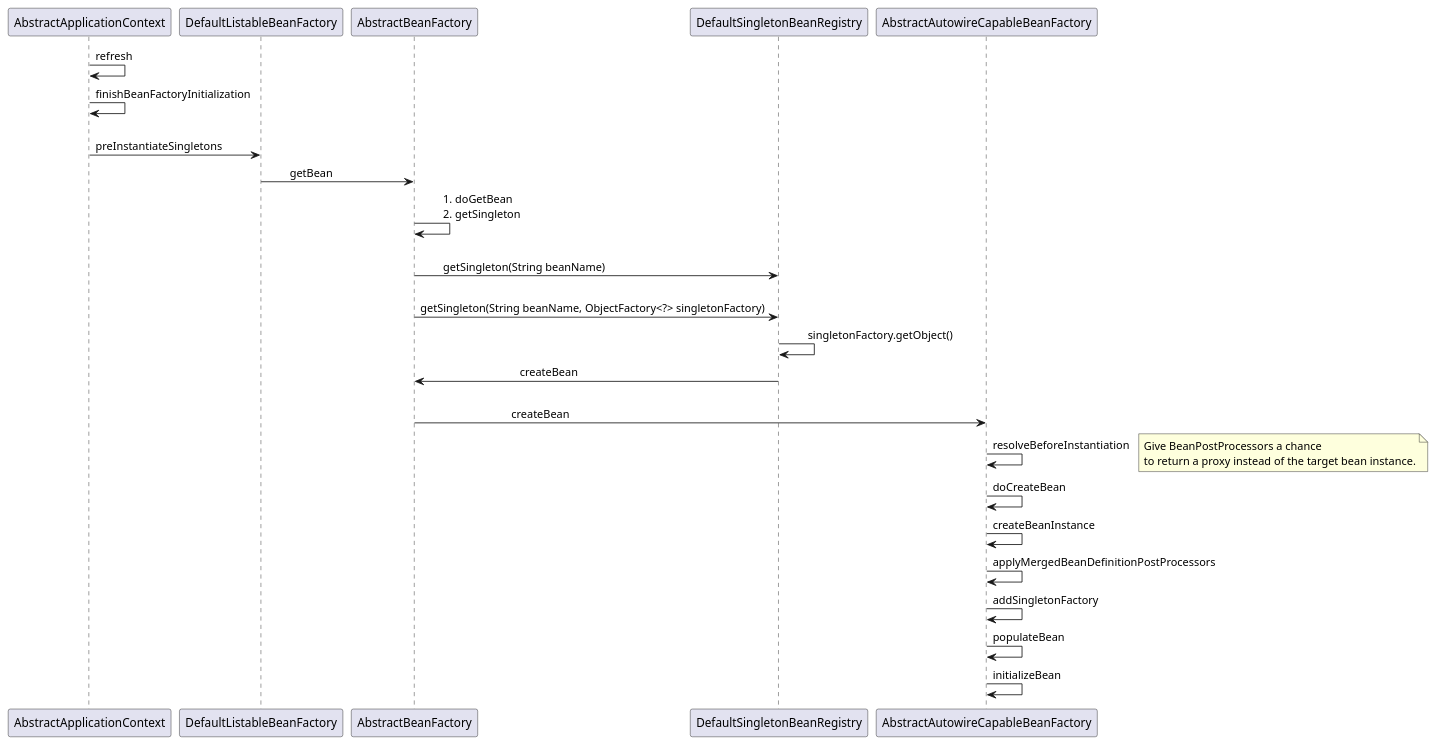
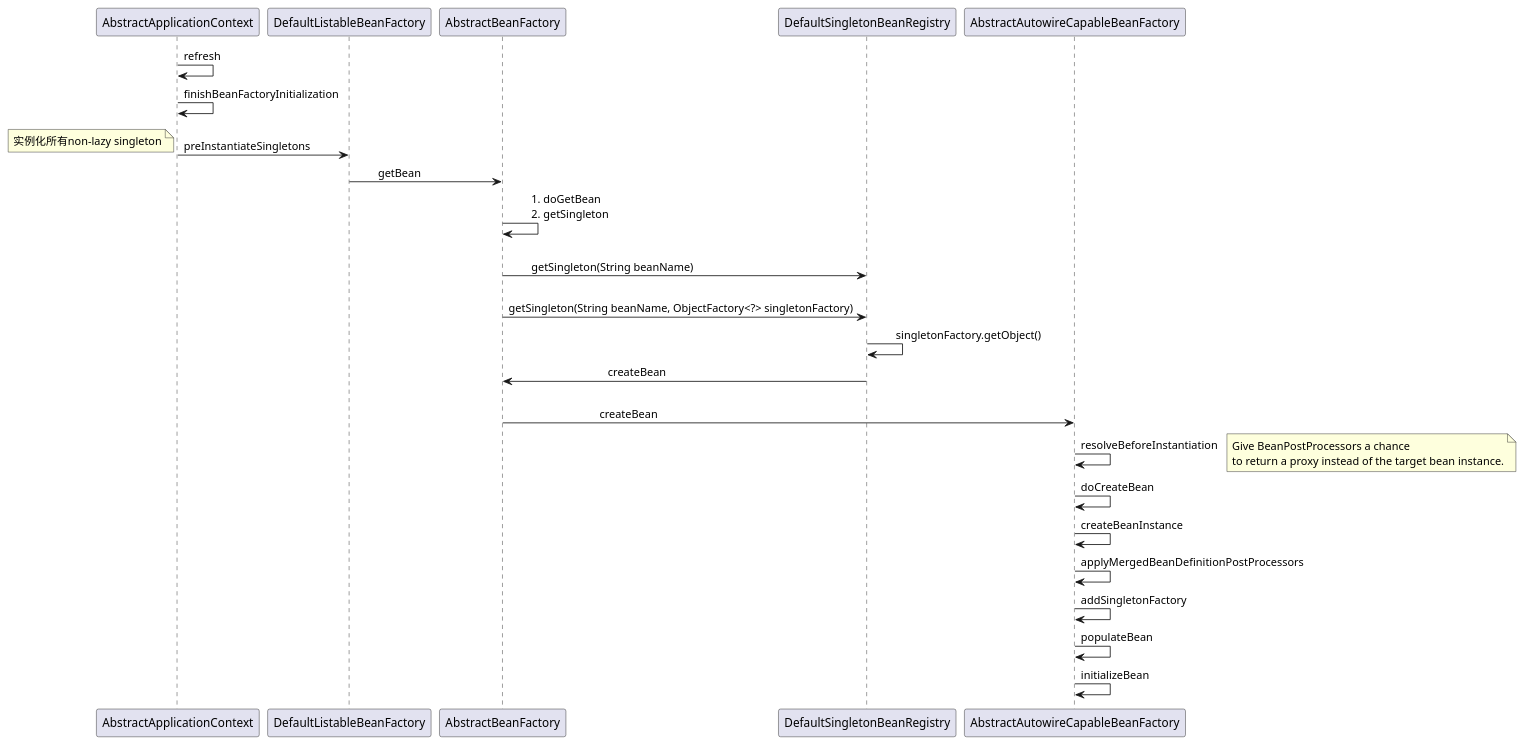
One commit to litoujkl/learn-spring changed the diagram in docs/refresh.puml. Above: the diagram before and after it, drawn with PlantUML. The commit also changed 1 other file, not shown here.

```diff
--- a/docs/refresh.puml
+++ b/docs/refresh.puml
@@ -1,40 +1,43 @@
 @startuml
 AbstractApplicationContext -> AbstractApplicationContext: refresh
 
 AbstractApplicationContext -> AbstractApplicationContext: finishBeanFactoryInitialization
 
 AbstractApplicationContext -> DefaultListableBeanFactory: \npreInstantiateSingletons
+note left
+实例化所有non-lazy singleton
+end note
 
 DefaultListableBeanFactory -> AbstractBeanFactory: \tgetBean
 
 AbstractBeanFactory -> AbstractBeanFactory: \t1. doGetBean \n\t2. getSingleton
 
 AbstractBeanFactory -> DefaultSingletonBeanRegistry: \n\tgetSingleton(String beanName)
 
 AbstractBeanFactory -> DefaultSingletonBeanRegistry: \ngetSingleton(String beanName, ObjectFactory<?> singletonFactory)
 
 DefaultSingletonBeanRegistry -> DefaultSingletonBeanRegistry: \tsingletonFactory.getObject()
 
 DefaultSingletonBeanRegistry -> AbstractBeanFactory: \t\t\t\tcreateBean
 
 AbstractBeanFactory -> AbstractAutowireCapableBeanFactory: \n\t\t\t\tcreateBean
 
 AbstractAutowireCapableBeanFactory -> AbstractAutowireCapableBeanFactory: resolveBeforeInstantiation
 note right
 Give BeanPostProcessors a chance
 to return a proxy instead of the target bean instance.
 end note
 
 AbstractAutowireCapableBeanFactory -> AbstractAutowireCapableBeanFactory: doCreateBean
 
 AbstractAutowireCapableBeanFactory -> AbstractAutowireCapableBeanFactory: createBeanInstance
 
 AbstractAutowireCapableBeanFactory -> AbstractAutowireCapableBeanFactory: applyMergedBeanDefinitionPostProcessors
 
 AbstractAutowireCapableBeanFactory -> AbstractAutowireCapableBeanFactory: addSingletonFactory
 
 AbstractAutowireCapableBeanFactory -> AbstractAutowireCapableBeanFactory: populateBean
 
 AbstractAutowireCapableBeanFactory -> AbstractAutowireCapableBeanFactory: initializeBean
 
 @enduml
```
